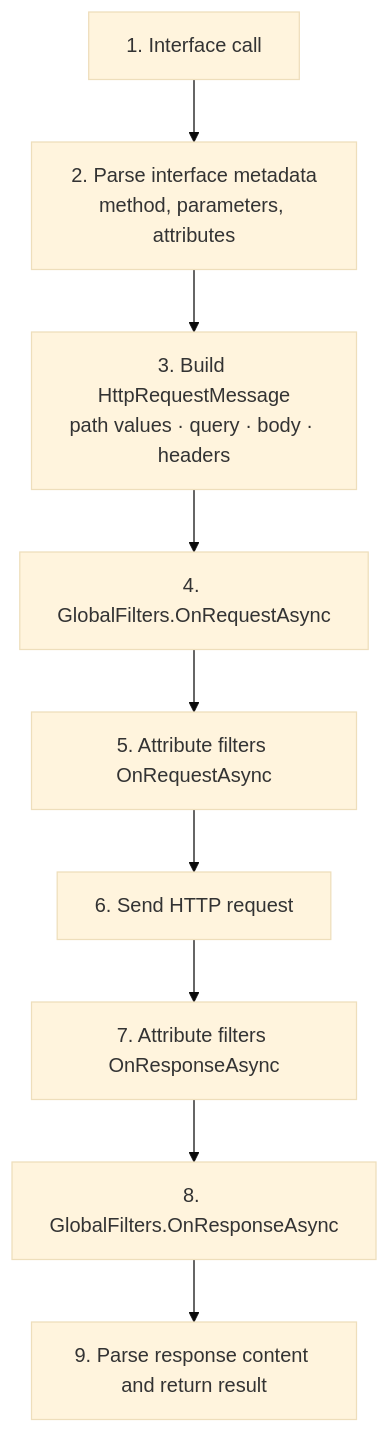
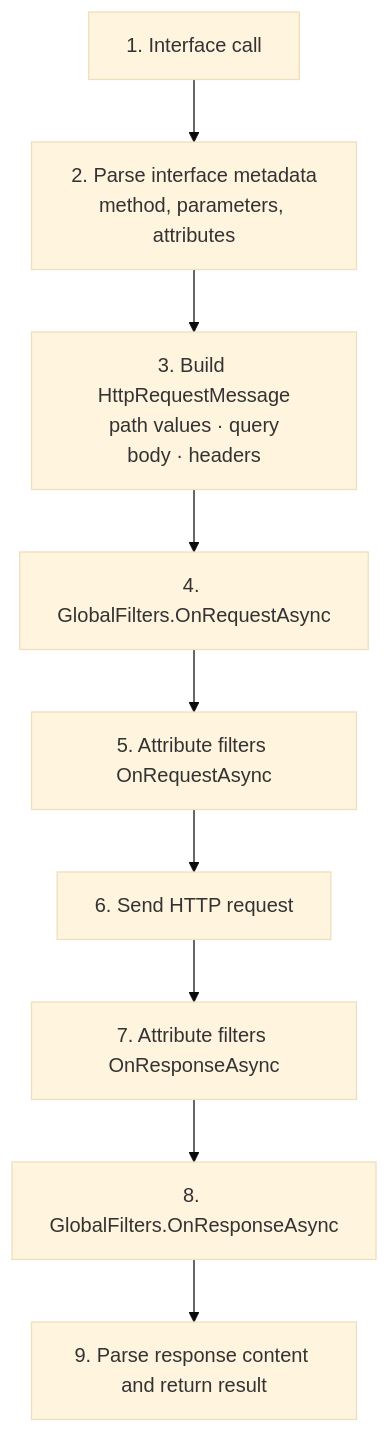
The second of 2 diagrams in docs/en/guide/overview/architecture.md (WebApiClient/WebApiClientWiki), drawn with Mermaid (base theme) before and after one commit. The commit also changed other lines of this file and 5 other files, not shown here.

First line of the commit message:
feat: 版式宽窄开关 + mermaid 图表渲染修复

````diff
--- a/docs/en/guide/overview/architecture.md
+++ b/docs/en/guide/overview/architecture.md
@@ -116,11 +116,11 @@
 ```mermaid
 flowchart TD
     A["1. Interface call"] --> B["2. Parse interface metadata<br/>method, parameters, attributes"]
-    B --> C["3. Build HttpRequestMessage<br/>path values · query · body · headers"]
+    B --> C["3. Build HttpRequestMessage<br/>path values · query<br/>body · headers"]
     C --> D["4. GlobalFilters.OnRequestAsync"]
     D --> E["5. Attribute filters OnRequestAsync"]
     E --> F["6. Send HTTP request"]
     F --> G["7. Attribute filters OnResponseAsync"]
     G --> H["8. GlobalFilters.OnResponseAsync"]
     H --> I["9. Parse response content and return result"]
 ```
````
